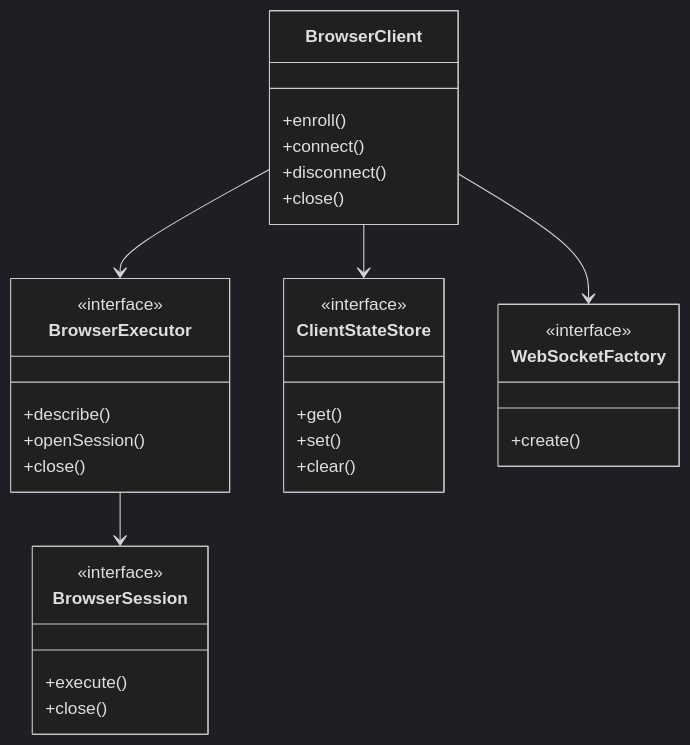
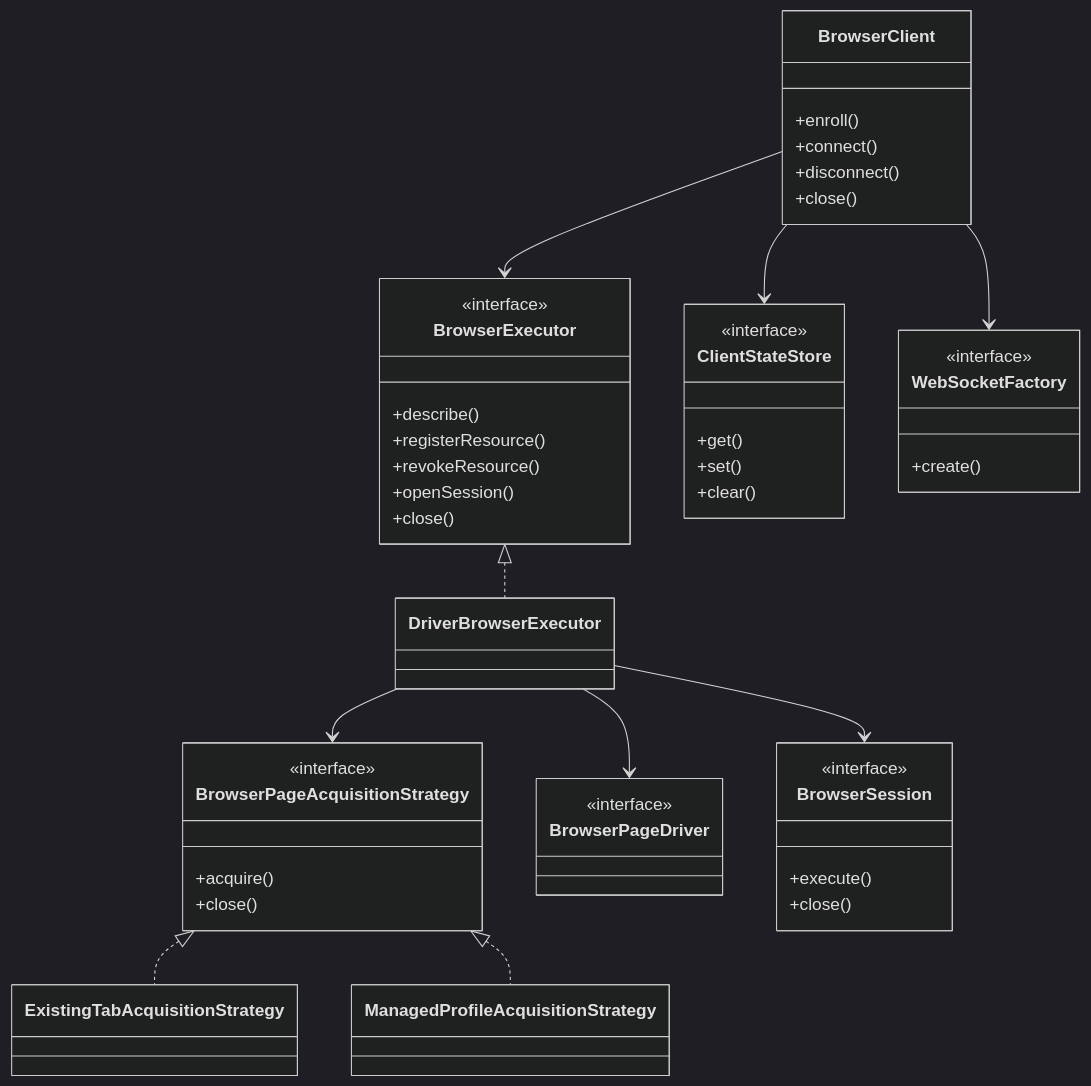
Before and after one commit to luberserker0v0/comic-crawler: the third of 5 diagrams in docs/development/SDD.md, drawn with Mermaid (dark theme). The commit also changed other lines of this file and 36 other files, not shown here.

````diff
--- a/docs/development/SDD.md
+++ b/docs/development/SDD.md
@@ -85,35 +90,53 @@
 ```mermaid
 classDiagram
   class BrowserClient {
     +enroll()
     +connect()
     +disconnect()
     +close()
   }
   class BrowserExecutor {
     <<interface>>
     +describe()
+    +registerResource()
+    +revokeResource()
     +openSession()
     +close()
+  }
+  class DriverBrowserExecutor
+  class BrowserPageAcquisitionStrategy {
+    <<interface>>
+    +acquire()
+    +close()
+  }
+  class ExistingTabAcquisitionStrategy
+  class ManagedProfileAcquisitionStrategy
+  class BrowserPageDriver {
+    <<interface>>
   }
   class BrowserSession {
     <<interface>>
     +execute()
     +close()
   }
   class ClientStateStore {
     <<interface>>
     +get()
     +set()
     +clear()
   }
   class WebSocketFactory {
     <<interface>>
     +create()
   }
 
   BrowserClient --> BrowserExecutor
   BrowserClient --> ClientStateStore
   BrowserClient --> WebSocketFactory
-  BrowserExecutor --> BrowserSession
+  BrowserExecutor <|.. DriverBrowserExecutor
+  DriverBrowserExecutor --> BrowserPageAcquisitionStrategy
+  DriverBrowserExecutor --> BrowserPageDriver
+  DriverBrowserExecutor --> BrowserSession
+  BrowserPageAcquisitionStrategy <|.. ExistingTabAcquisitionStrategy
+  BrowserPageAcquisitionStrategy <|.. ManagedProfileAcquisitionStrategy
 ```
````
